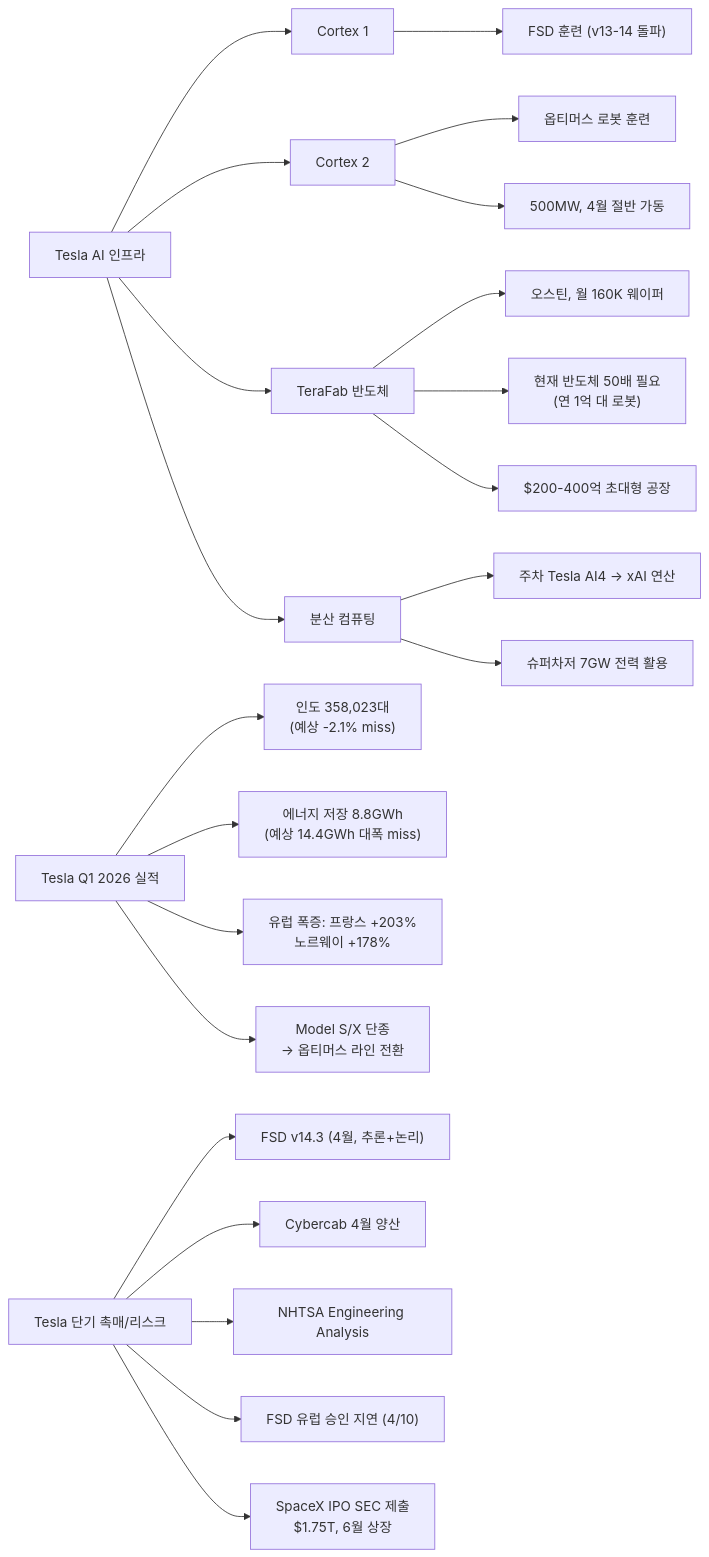
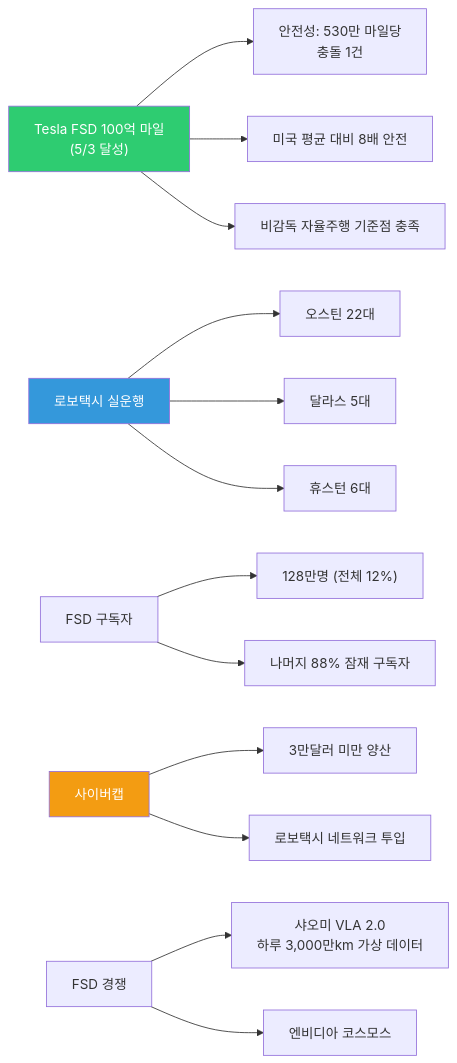
The first of 5 diagrams in _posts/knowledge/invest/2026-01-14-automotive-robotics-sector-outlook-2026.md (dss99911/dss99911.github.io), drawn with Mermaid before and after one commit. The commit also changed other lines of this file and 2 other files, not shown here.

````diff
--- a/_posts/knowledge/invest/2026-01-14-automotive-robotics-sector-outlook-2026.md
+++ b/_posts/knowledge/invest/2026-01-14-automotive-robotics-sector-outlook-2026.md
@@ -36,27 +40,23 @@
 ```mermaid
 graph LR
-    A["Tesla AI 인프라"] --> B["Cortex 1"]
-    A --> C["Cortex 2"]
-    A --> T["TeraFab 반도체"]
-    A --> DC["분산 컴퓨팅"]
+    A["Tesla FSD 100억 마일<br/>#40;5/3 달성#41;"] --> B["안전성: 530만 마일당<br/>충돌 1건"]
+    A --> C["미국 평균 대비 8배 안전"]
+    A --> D["비감독 자율주행 기준점 충족"]
 
-    B --> D["FSD 훈련 #40;v13-14 돌파#41;"]
-    C --> E["옵티머스 로봇 훈련"]
-    C --> F["500MW, 4월 절반 가동"]
-    T --> T1["오스틴, 월 160K 웨이퍼"]
-    T --> T2["현재 반도체 50배 필요<br/>#40;연 1억 대 로봇#41;"]
-    T --> T3["$200-400억 초대형 공장"]
-    DC --> DC1["주차 Tesla AI4 → xAI 연산"]
-    DC --> DC2["슈퍼차저 7GW 전력 활용"]
+    E["로보택시 실운행"] --> F["오스틴 22대"]
+    E --> G["달라스 5대"]
+    E --> H["휴스턴 6대"]
 
-    H["Tesla Q1 2026 실적"] --> H1["인도 358,023대<br/>#40;예상 -2.1% miss#41;"]
-    H --> H2["에너지 저장 8.8GWh<br/>#40;예상 14.4GWh 대폭 miss#41;"]
-    H --> H3["유럽 폭증: 프랑스 +203%<br/>노르웨이 +178%"]
-    H --> H4["Model S/X 단종<br/>→ 옵티머스 라인 전환"]
+    I["FSD 구독자"] --> J["128만명 #40;전체 12%#41;"]
+    I --> K["나머지 88% 잠재 구독자"]
 
-    R["Tesla 단기 촉매/리스크"] --> I["FSD v14.3 #40;4월, 추론+논리#41;"]
-    R --> J["Cybercab 4월 양산"]
-    R --> L["NHTSA Engineering Analysis"]
-    R --> M["FSD 유럽 승인 지연 #40;4/10#41;"]
-    R --> N["SpaceX IPO SEC 제출<br/>$1.75T, 6월 상장"]
+    L["사이버캡"] --> M["3만달러 미만 양산"]
+    L --> N["로보택시 네트워크 투입"]
+
+    O["FSD 경쟁"] --> P["샤오미 VLA 2.0<br/>하루 3,000만km 가상 데이터"]
+    O --> Q["엔비디아 코스모스"]
+
+    style A fill:#2ecc71,color:#fff
+    style E fill:#3498db,color:#fff
+    style L fill:#f39c12,color:#fff
 ```
````
